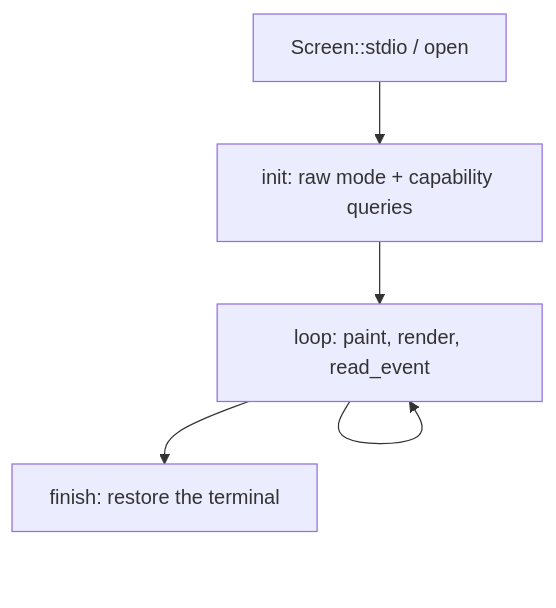
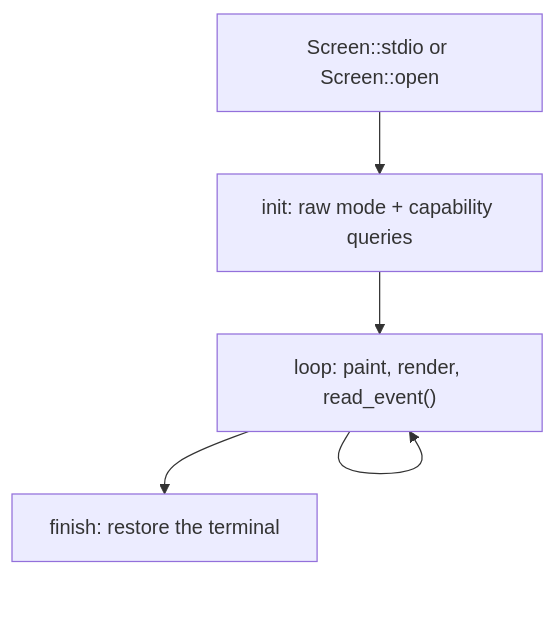
Before and after one commit to aymanbagabas/uncurses: the second of 3 diagrams in website/content/docs/concepts/screen.md, drawn with Mermaid. The commit also changed other lines of this file and 26 other files, not shown here.

````diff
--- a/website/content/docs/concepts/screen.md
+++ b/website/content/docs/concepts/screen.md
@@ -30,7 +30,7 @@
 ```mermaid
 flowchart TB
-  open["Screen::stdio / open"] --> init["init: raw mode + capability queries"]
-  init --> evloop["loop: paint, render, read_event"]
+  open["Screen::stdio or Screen::open"] --> init["init: raw mode + capability queries"]
+  init --> evloop["loop: paint, render, read_event()"]
   evloop --> evloop
   evloop --> finish["finish: restore the terminal"]
 ```
````
